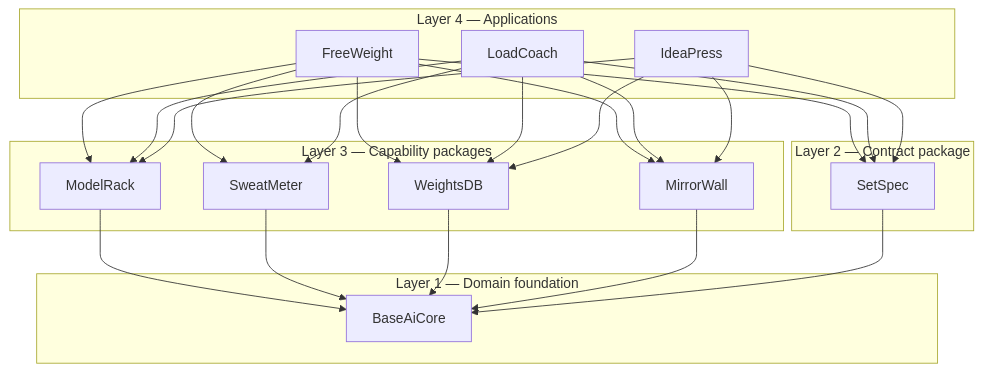
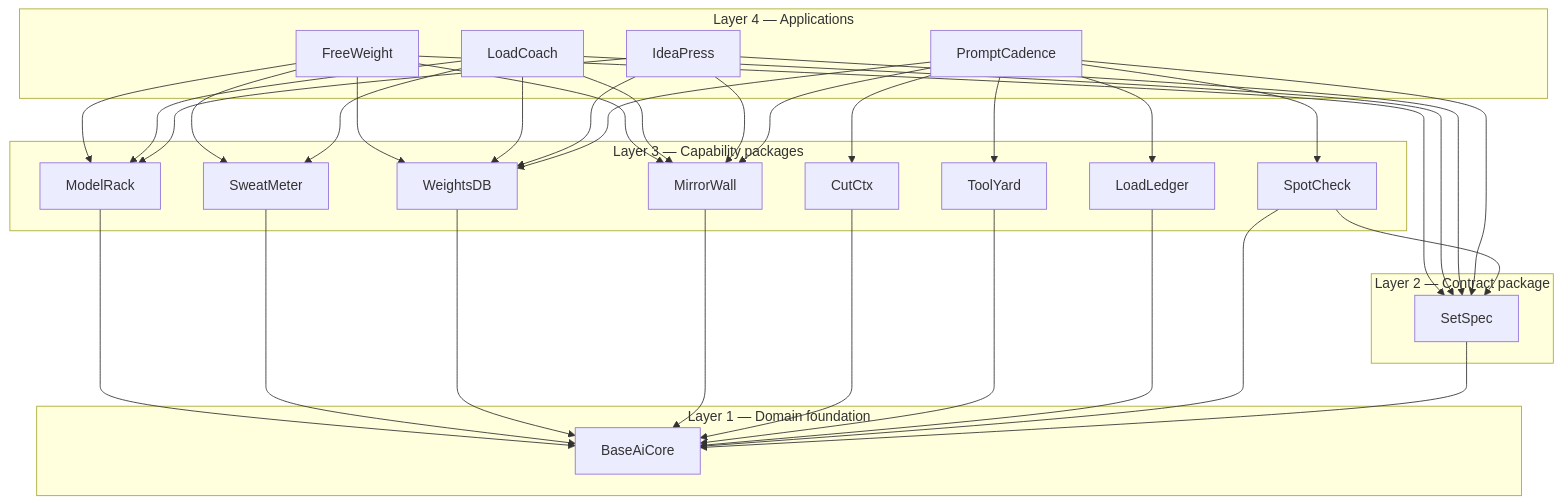
One commit to JPKell/OpenWeight-Gym changed the first of 10 diagrams in architecture/master-architecture.md. Above: the diagram before and after it, drawn with Mermaid. The commit also changed other lines of this file, not shown here.

First line of the commit message:
docs(architecture): amend the master architecture for both arcs

````diff
--- a/architecture/master-architecture.md
+++ b/architecture/master-architecture.md
@@ -121,29 +154,40 @@
 ```mermaid
 graph TD
     subgraph L4["Layer 4 — Applications"]
         FW[FreeWeight]
         LC[LoadCoach]
         IP[IdeaPress]
+        PC[PromptCadence]
     end
     subgraph L3["Layer 3 — Capability packages"]
         MR[ModelRack]
         SM[SweatMeter]
         WD[WeightsDB]
         MW[MirrorWall]
+        CC[CutCtx]
+        TY[ToolYard]
+        LL[LoadLedger]
+        SC[SpotCheck]
     end
     subgraph L2["Layer 2 — Contract package"]
         SS[SetSpec]
     end
     subgraph L1["Layer 1 — Domain foundation"]
         BC[BaseAiCore]
     end
 
     FW --> MR & SM & WD & MW & SS
     LC --> MR & SM & WD & MW & SS
     IP --> MR & WD & MW & SS
+    PC --> WD & MW & SS & CC & TY & LL & SC
     MR --> BC
     SM --> BC
     WD --> BC
     MW --> BC
+    CC --> BC
+    TY --> BC
+    LL --> BC
+    SC --> BC
+    SC --> SS
     SS --> BC
 ```
````
